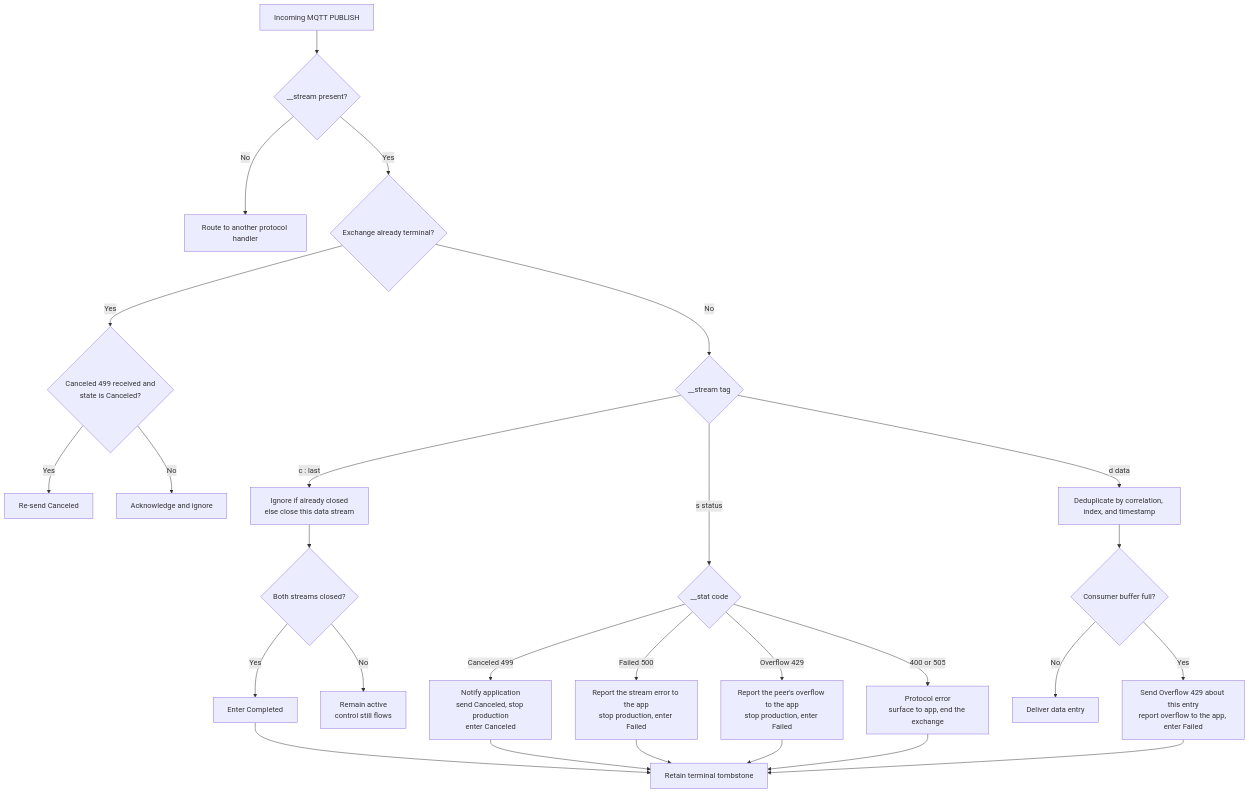
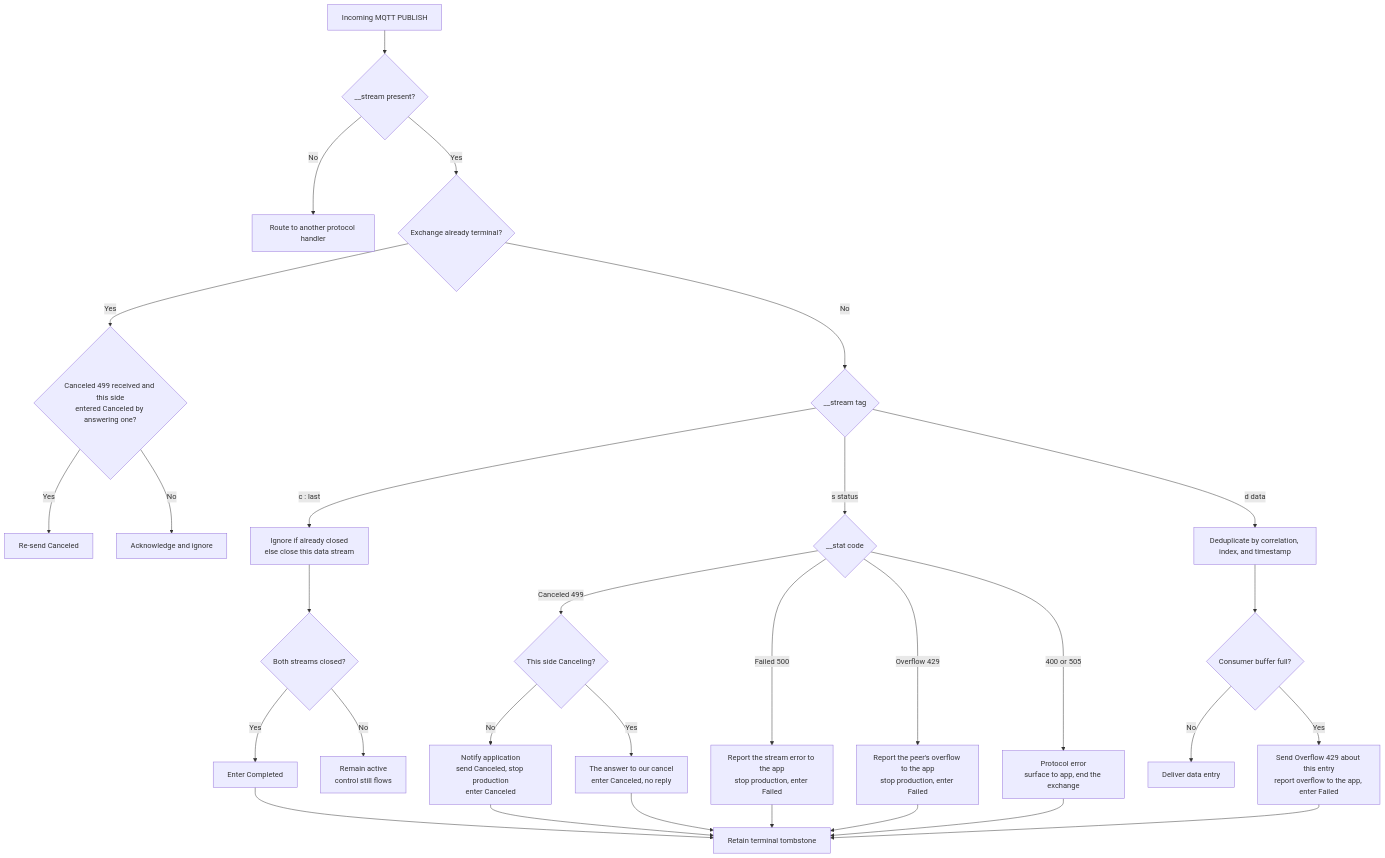
The ninth of 10 diagrams in doc/dev/adr/0025-rpc-streaming-lifecycle-diagrams.md (Azure/iot-operations-sdks), drawn with Mermaid before and after one commit. The commit also changed other lines of this file and 3 other files, not shown here.

````diff
--- a/doc/dev/adr/0025-rpc-streaming-lifecycle-diagrams.md
+++ b/doc/dev/adr/0025-rpc-streaming-lifecycle-diagrams.md
@@ -362,29 +373,32 @@
 ```mermaid
 flowchart TD
     P["Incoming MQTT PUBLISH"] --> S{"__stream present?"}
     S -- "No" --> O["Route to another protocol handler"]
     S -- "Yes" --> T{"Exchange already terminal?"}
-    T -- "Yes" --> RC{"Canceled 499 received and<br/>state is Canceled?"}
+    T -- "Yes" --> RC{"Canceled 499 received and this side<br/>entered Canceled by answering one?"}
     RC -- "Yes" --> RA["Re-send Canceled"]
     RC -- "No" --> AI["Acknowledge and ignore"]
     T -- "No" --> TAG{"__stream tag"}
     TAG -- "c : last" --> HC["Ignore if already closed<br/>else close this data stream"]
     HC --> BC{"Both streams closed?"}
     BC -- "Yes" --> CO["Enter Completed"]
     BC -- "No" --> AC["Remain active<br/>control still flows"]
     TAG -- "s status" --> ST{"__stat code"}
-    ST -- "Canceled 499" --> CAN["Notify application<br/>send Canceled, stop production<br/>enter Canceled"]
+    ST -- "Canceled 499" --> CS{"This side Canceling?"}
+    CS -- "No" --> CAN["Notify application<br/>send Canceled, stop production<br/>enter Canceled"]
+    CS -- "Yes" --> CC["The answer to our cancel<br/>enter Canceled, no reply"]
     ST -- "Failed 500" --> FA["Report the stream error to the app<br/>stop production, enter Failed"]
     ST -- "Overflow 429" --> OR["Report the peer's overflow to the app<br/>stop production, enter Failed"]
     ST -- "400 or 505" --> PE["Protocol error<br/>surface to app, end the exchange"]
     TAG -- "d data" --> D["Deduplicate by correlation, index, and timestamp"]
     D --> BF{"Consumer buffer full?"}
     BF -- "No" --> DE["Deliver data entry"]
     BF -- "Yes" --> OV["Send Overflow 429 about this entry<br/>report overflow to the app, enter Failed"]
     CAN --> TS["Retain terminal tombstone"]
+    CC --> TS
     FA --> TS
     OR --> TS
     OV --> TS
     CO --> TS
     PE --> TS
 ```
````
